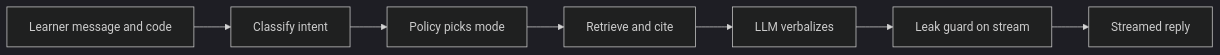
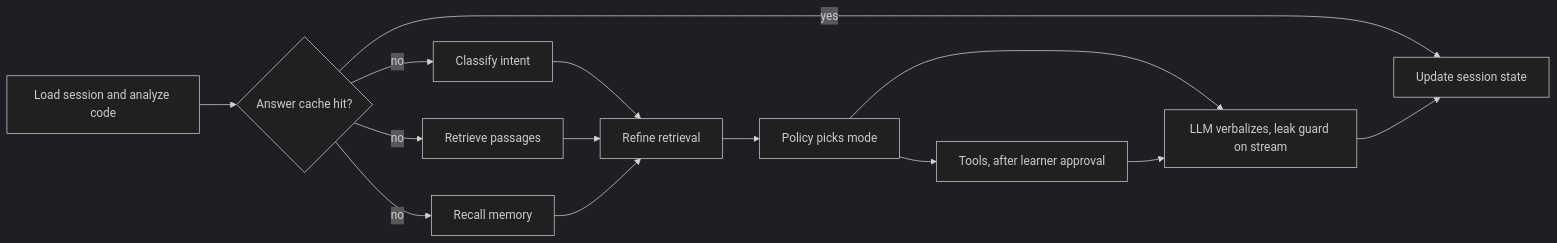
Before and after one commit to jsuryanm/code-buddy: the diagram in README.md, drawn with Mermaid (dark theme). The commit also changed other lines of this file and 14 other files, not shown here.

First line of the commit message:
Harden learner memory: session binding, serialized mem0, token header, shutdown drain

````diff
--- a/README.md
+++ b/README.md
@@ -62,9 +62,16 @@
 ```mermaid
 flowchart LR
-    A[Learner message and code] --> B[Classify intent]
-    B --> C[Policy picks mode]
-    C --> D[Retrieve and cite]
-    D --> E[LLM verbalizes]
-    E --> F[Leak guard on stream]
-    F --> G[Streamed reply]
+    A[Load session and analyze code] --> B{Answer cache hit?}
+    B -- yes --> U[Update session state]
+    B -- no --> C[Classify intent]
+    B -- no --> D[Retrieve passages]
+    B -- no --> M[Recall memory]
+    C --> R[Refine retrieval]
+    D --> R
+    M --> R
+    R --> P[Policy picks mode]
+    P --> T[Tools, after learner approval]
+    P --> G[LLM verbalizes, leak guard on stream]
+    T --> G
+    G --> U
 ```
````
